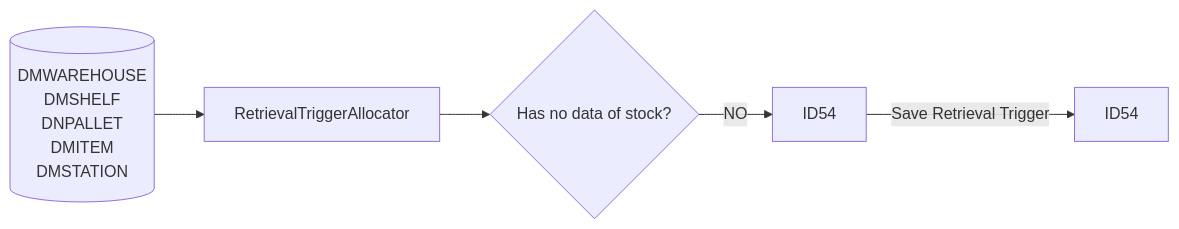
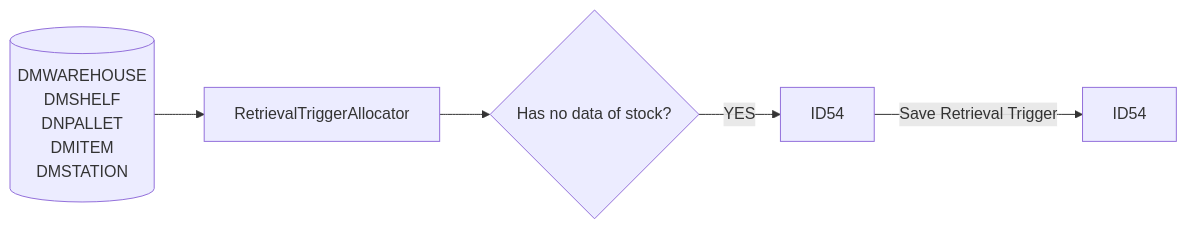
The third of 12 diagrams in Basic-Design/DFD-WMS/Retrieval/Stacked-Empty-Pallet.md (luthfiadityaa/SimeDarby-Wiki), drawn with Mermaid before and after one commit.

Commit message:
Updated Stacked Empty Pallet

```diff
--- a/Basic-Design/DFD-WMS/Retrieval/Stacked-Empty-Pallet.md
+++ b/Basic-Design/DFD-WMS/Retrieval/Stacked-Empty-Pallet.md
@@ -86,17 +86,17 @@
 ::: mermaid
 flowchart LR    
 
      tableList-select[("
         DMWAREHOUSE
         DMSHELF
         DNPALLET
         DMITEM
         DMSTATION
     ")]
 
      tableList-select-->className[RetrievalTriggerAllocator]
-    className --> Cond3{Has no data of stock?} --> |NO| P1[ID54] --> |Save Retrieval Trigger| P2[ID54]
+    className --> Cond3{Has no data of stock?} --> |YES| P1[ID54] --> |Save Retrieval Trigger| P2[ID54]
 
     classDef leftAlign text-align:left;
     class input leftAlign;
 :::
```
